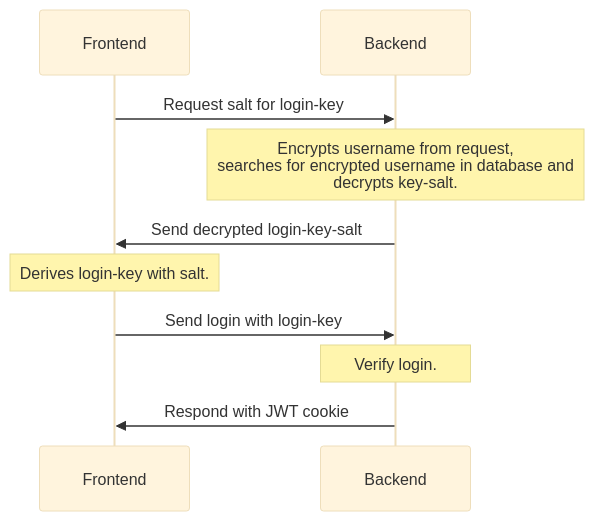
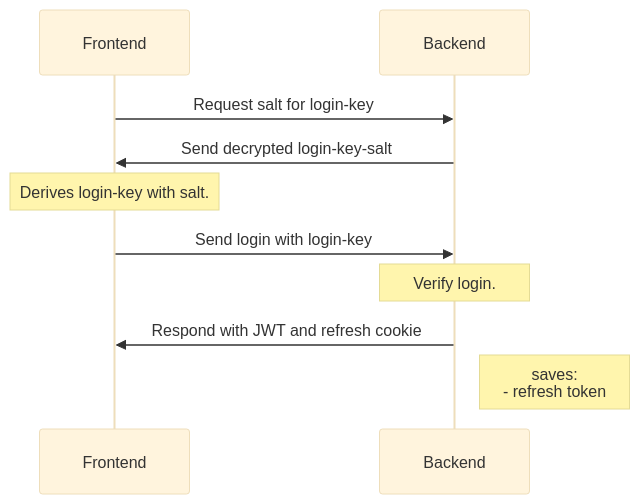
One commit to Tinkerforge/esp32-remote-access changed the second of 8 diagrams in sequence.md. Above: the diagram before and after it, drawn with Mermaid (base theme). The commit also changed other lines of this file, not shown here.

````diff
--- a/sequence.md
+++ b/sequence.md
@@ -32,10 +31,10 @@
 ```mermaid
 sequenceDiagram
     Frontend->>Backend: Request salt for login-key
-    Note over Backend: Encrypts username from request,<br>searches for encrypted username in database and<br>decrypts key-salt.
     Backend->>Frontend: Send decrypted login-key-salt
     Note over Frontend: Derives login-key with salt.
     Frontend->>Backend: Send login with login-key
     Note over Backend: Verify login.
-    Backend->>Frontend: Respond with JWT cookie
+    Backend->>Frontend: Respond with JWT and refresh cookie
+    Note right of Backend: saves: <br> - refresh token
 ```
````
